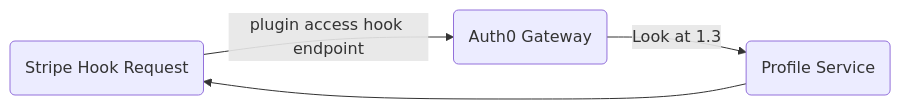
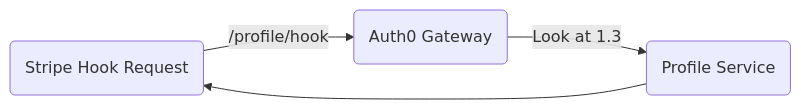
Before and after one commit to JTM-Network/.github: the second of 2 diagrams in profile/README.md, drawn with Mermaid. The commit also changed other lines of this file, not shown here.

````diff
--- a/profile/README.md
+++ b/profile/README.md
@@ -63,6 +63,6 @@
 ```mermaid
 flowchart LR
-    stripe(Stripe Hook Request) --> | plugin access hook endpoint |auth(Auth0 Gateway)
+    stripe(Stripe Hook Request) --> | /profile/hook |auth(Auth0 Gateway)
     auth --> | Look at 1.3 |profile(Profile Service)
     profile --> stripe
 ```
````
